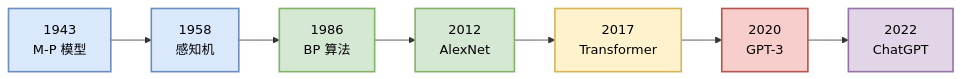
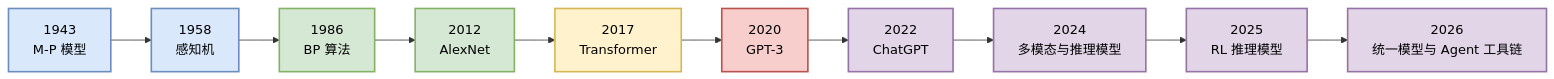
The first of 5 diagrams in books/ai-summary-book/introduction.md (glenzli/ai-summary-book), drawn with Mermaid before and after one commit. The commit also changed other lines of this file and 10 other files, not shown here.

````diff
--- a/books/ai-summary-book/introduction.md
+++ b/books/ai-summary-book/introduction.md
@@ -14,32 +14,38 @@
 ```mermaid
 graph LR
     %% 时间节点定义
     T1943[1943<br/>M-P 模型]
     T1958[1958<br/>感知机]
     T1986[1986<br/>BP 算法]
     T2012[2012<br/>AlexNet]
     T2017[2017<br/>Transformer]
     T2020[2020<br/>GPT-3]
     T2022[2022<br/>ChatGPT]
+    T2024[2024<br/>多模态与推理模型]
+    T2025[2025<br/>RL 推理模型]
+    T2026[2026<br/>统一模型与 Agent 工具链]
 
     %% 连接
     T1943 --> T1958
     T1958 --> T1986
     T1986 --> T2012
     T2012 --> T2017
     T2017 --> T2020
     T2020 --> T2022
+    T2022 --> T2024
+    T2024 --> T2025
+    T2025 --> T2026
 
     %% 样式
     classDef blue fill:#DAE8FC,stroke:#6C8EBF,stroke-width:2px,color:#000000;
     classDef green fill:#D5E8D4,stroke:#82B366,stroke-width:2px,color:#000000;
     classDef yellow fill:#FFF2CC,stroke:#D6B656,stroke-width:2px,color:#000000;
     classDef red fill:#F8CECC,stroke:#B85450,stroke-width:2px,color:#000000;
     classDef purple fill:#E1D5E7,stroke:#9673A6,stroke-width:2px,color:#000000;
 
     class T1943,T1958 blue;
     class T1986,T2012 green;
     class T2017 yellow;
     class T2020 red;
-    class T2022 purple;
+    class T2022,T2024,T2025,T2026 purple;
 ```
````
